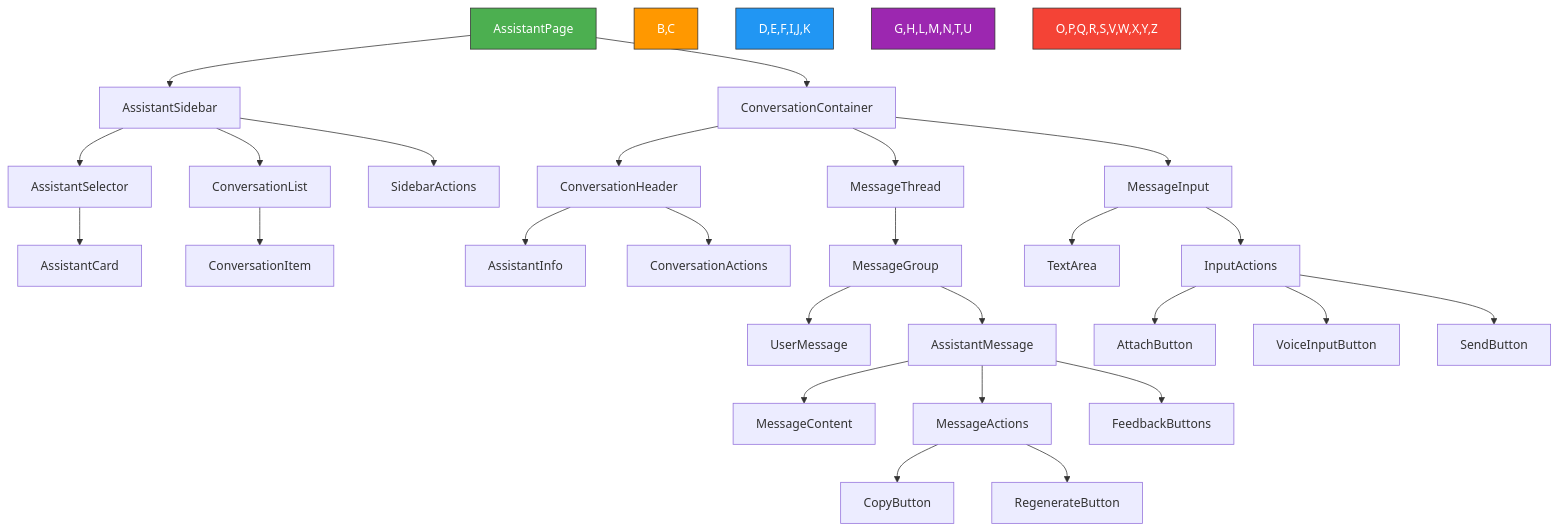
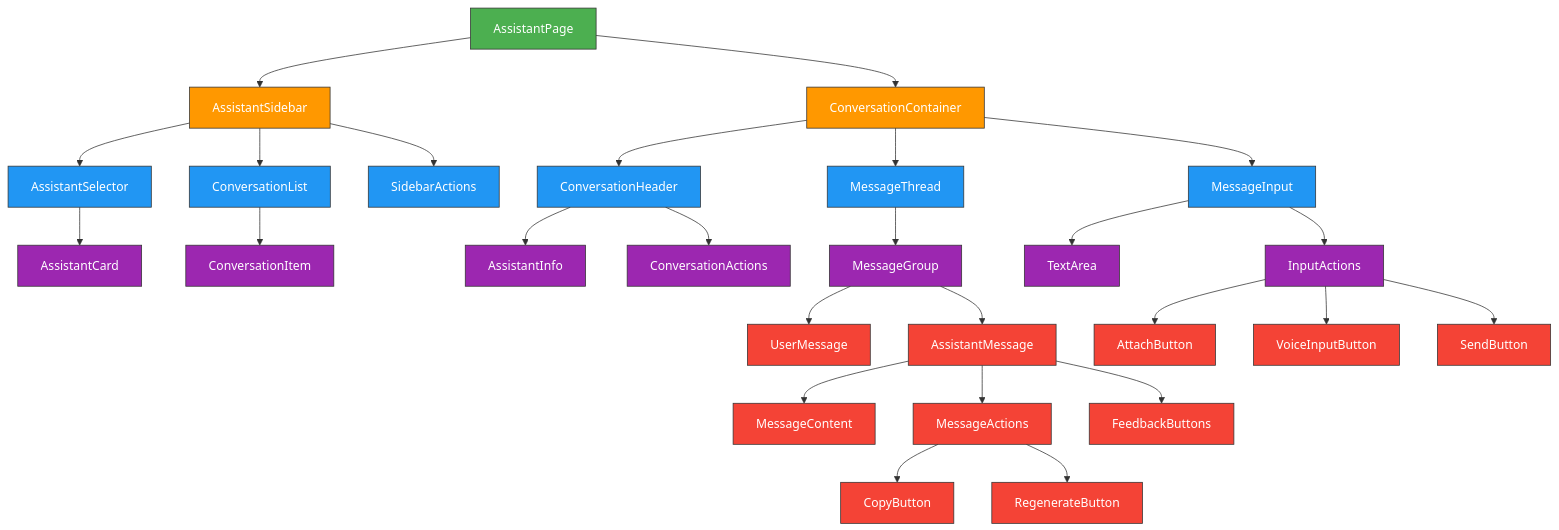
The fifth of 5 diagrams in TuPhung_Docs/docs/frontend/ai-assistants.md (TuPhung369/Haaga_Backend_Programming), drawn with Mermaid before and after one commit. The commit also changed other lines of this file and 25 other files, not shown here.

````diff
--- a/TuPhung_Docs/docs/frontend/ai-assistants.md
+++ b/TuPhung_Docs/docs/frontend/ai-assistants.md
@@ -316,43 +316,49 @@
 ```mermaid
 flowchart TD
     A[AssistantPage] --> B[AssistantSidebar]
     A --> C[ConversationContainer]
     
     B --> D[AssistantSelector]
     B --> E[ConversationList]
     B --> F[SidebarActions]
     
     D --> G[AssistantCard]
     E --> H[ConversationItem]
     
     C --> I[ConversationHeader]
     C --> J[MessageThread]
     C --> K[MessageInput]
     
     I --> L[AssistantInfo]
     I --> M[ConversationActions]
     
     J --> N[MessageGroup]
     N --> O[UserMessage]
     N --> P[AssistantMessage]
     
     P --> Q[MessageContent]
     P --> R[MessageActions]
     P --> S[FeedbackButtons]
     
     K --> T[TextArea]
     K --> U[InputActions]
     
     U --> V[AttachButton]
     U --> W[VoiceInputButton]
     U --> X[SendButton]
     
     R --> Y[CopyButton]
     R --> Z[RegenerateButton]
 
-    style A fill:#4CAF50,stroke:#333,stroke-width:1px,color:#fff
-    style B,C fill:#FF9800,stroke:#333,stroke-width:1px,color:#fff
-    style D,E,F,I,J,K fill:#2196F3,stroke:#333,stroke-width:1px,color:#fff
-    style G,H,L,M,N,T,U fill:#9C27B0,stroke:#333,stroke-width:1px,color:#fff
-    style O,P,Q,R,S,V,W,X,Y,Z fill:#F44336,stroke:#333,stroke-width:1px,color:#fff
+    classDef mainContainer fill:#4CAF50,stroke:#333,stroke-width:1px,color:#fff
+    classDef primarySections fill:#FF9800,stroke:#333,stroke-width:1px,color:#fff
+    classDef secondarySections fill:#2196F3,stroke:#333,stroke-width:1px,color:#fff
+    classDef components fill:#9C27B0,stroke:#333,stroke-width:1px,color:#fff
+    classDef messageElements fill:#F44336,stroke:#333,stroke-width:1px,color:#fff
+    
+    class A mainContainer
+    class B,C primarySections
+    class D,E,F,I,J,K secondarySections
+    class G,H,L,M,N,T,U components
+    class O,P,Q,R,S,V,W,X,Y,Z messageElements
 ```
````
